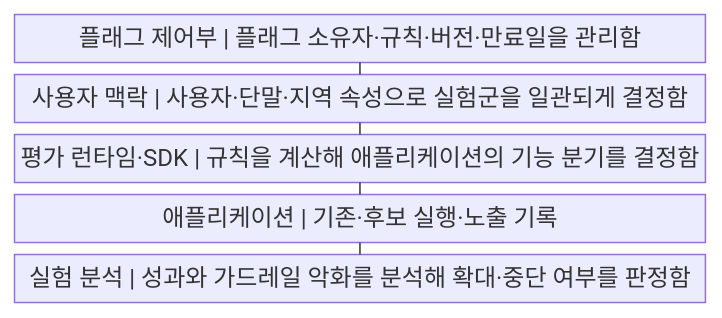
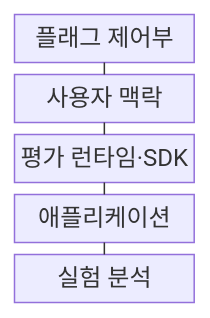
One commit to agnusdei1207/knowledge-base changed the first of 2 diagrams in src/content/docs/notes/03-software/220_feature_toggle_experimentation.md. Above: the diagram before and after it, drawn with Mermaid. The commit also changed other lines of this file and 238 other files, not shown here.

````diff
--- a/src/content/docs/notes/03-software/220_feature_toggle_experimentation.md
+++ b/src/content/docs/notes/03-software/220_feature_toggle_experimentation.md
@@ -55,13 +55,13 @@
 ```mermaid
-block
+block-beta
     columns 1
-    A["플래그 제어부 | 플래그 소유자·규칙·버전·만료일을 관리함"]
-    B["사용자 맥락 | 사용자·단말·지역 속성으로 실험군을 일관되게 결정함"]
-    C["평가 런타임·SDK | 규칙을 계산해 애플리케이션의 기능 분기를 결정함"]
-    D["애플리케이션 | 기존·후보 실행·노출 기록"]
-    E["실험 분석 | 성과와 가드레일 악화를 분석해 확대·중단 여부를 판정함"]
+    A["플래그 제어부"]
+    B["사용자 맥락"]
+    C["평가 런타임·SDK"]
+    D["애플리케이션"]
+    E["실험 분석"]
     A --- B
     B --- C
     C --- D
     D --- E
 ```
````
